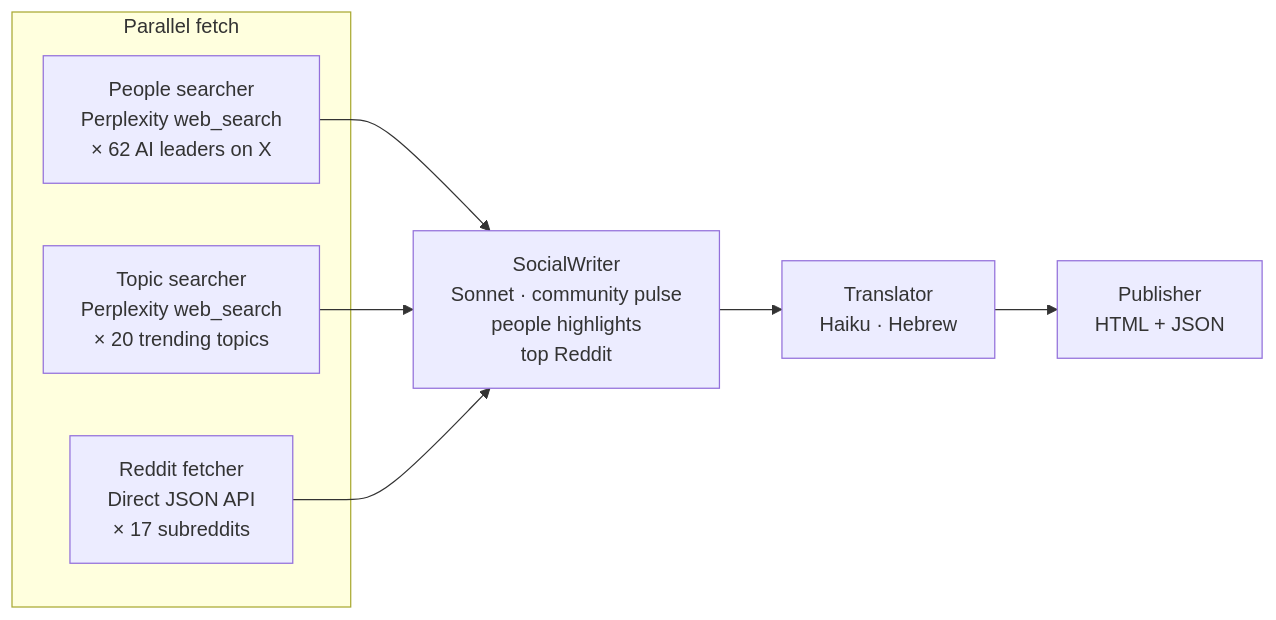
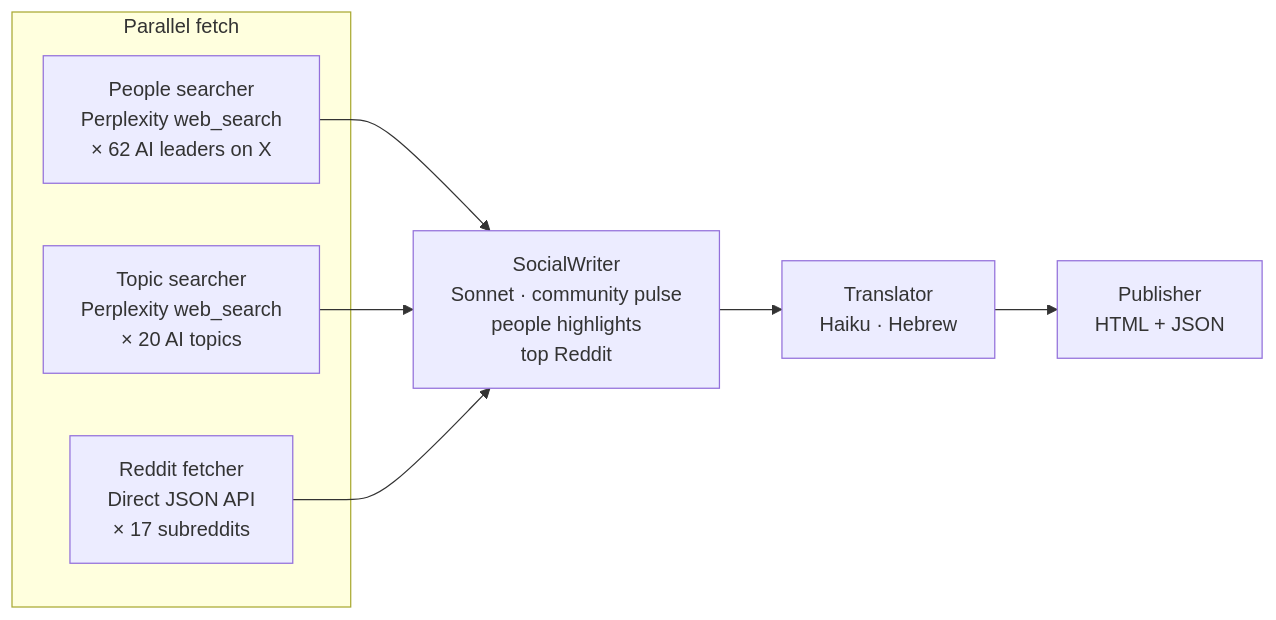
The seventh of 8 diagrams in README.md (kobyal/ai-news-briefing), drawn with Mermaid before and after one commit. The commit also changed other lines of this file and 9 other files, not shown here.

First line of the commit message:
refactor: remove trending_topics from pipeline + improve Hebrew translation quality

````diff
--- a/README.md
+++ b/README.md
@@ -227,12 +226,12 @@
 ```mermaid
 flowchart LR
     subgraph fetch["Parallel fetch"]
         P["People searcher\nPerplexity web_search\n× 62 AI leaders on X"]
-        T["Topic searcher\nPerplexity web_search\n× 20 trending topics"]
+        T["Topic searcher\nPerplexity web_search\n× 20 AI topics"]
         R["Reddit fetcher\nDirect JSON API\n× 17 subreddits"]
     end
     P & T & R -->
     BW["SocialWriter\nSonnet · community pulse\npeople highlights\ntop Reddit"] -->
     TR["Translator\nHaiku · Hebrew"] -->
     PB["Publisher\nHTML + JSON"]
 ```
````
